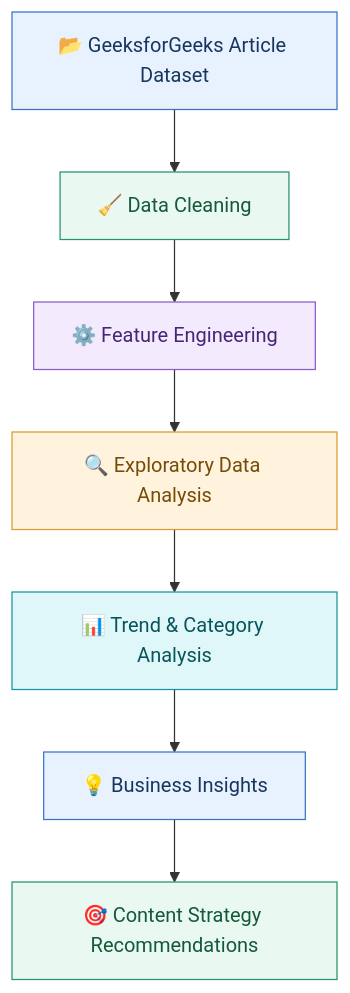
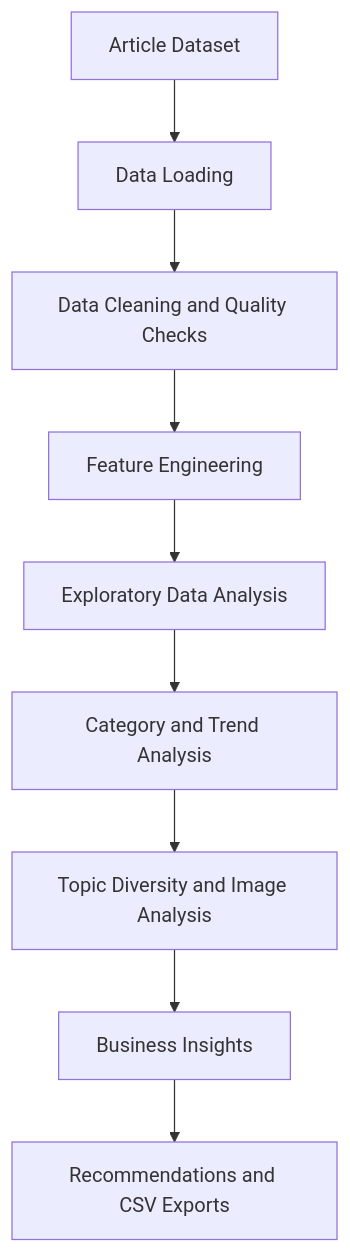
Before and after one commit to Surajkumar-Analyst/GeeksforGeeks-Content-Trend-Analysis: the diagram in README.md, drawn with Mermaid. The commit also changed other lines of this file, not shown here.

````diff
--- a/README.md
+++ b/README.md
@@ -58,17 +49,11 @@
 ```mermaid
 flowchart TD
-    A["📂 GeeksforGeeks Article Dataset"] --> B["🧹 Data Cleaning"]
-    B --> C["⚙️ Feature Engineering"]
-    C --> D["🔍 Exploratory Data Analysis"]
-    D --> E["📊 Trend & Category Analysis"]
-    E --> F["💡 Business Insights"]
-    F --> G["🎯 Content Strategy Recommendations"]
-
-    style A fill:#E8F2FF,stroke:#3974C6,color:#17365D
-    style B fill:#E9F8F0,stroke:#269568,color:#145A3A
-    style C fill:#F3EAFE,stroke:#8B5CC7,color:#482477
-    style D fill:#FFF3DD,stroke:#D99B32,color:#754B08
-    style E fill:#E0F7FA,stroke:#1596A3,color:#07545B
-    style F fill:#E8F2FF,stroke:#3974C6,color:#17365D
-    style G fill:#E9F8F0,stroke:#269568,color:#145A3A
+    A["Article Dataset"] --> B["Data Loading"]
+    B --> C["Data Cleaning and Quality Checks"]
+    C --> D["Feature Engineering"]
+    D --> E["Exploratory Data Analysis"]
+    E --> F["Category and Trend Analysis"]
+    F --> G["Topic Diversity and Image Analysis"]
+    G --> H["Business Insights"]
+    H --> I["Recommendations and CSV Exports"]
 ```
````
